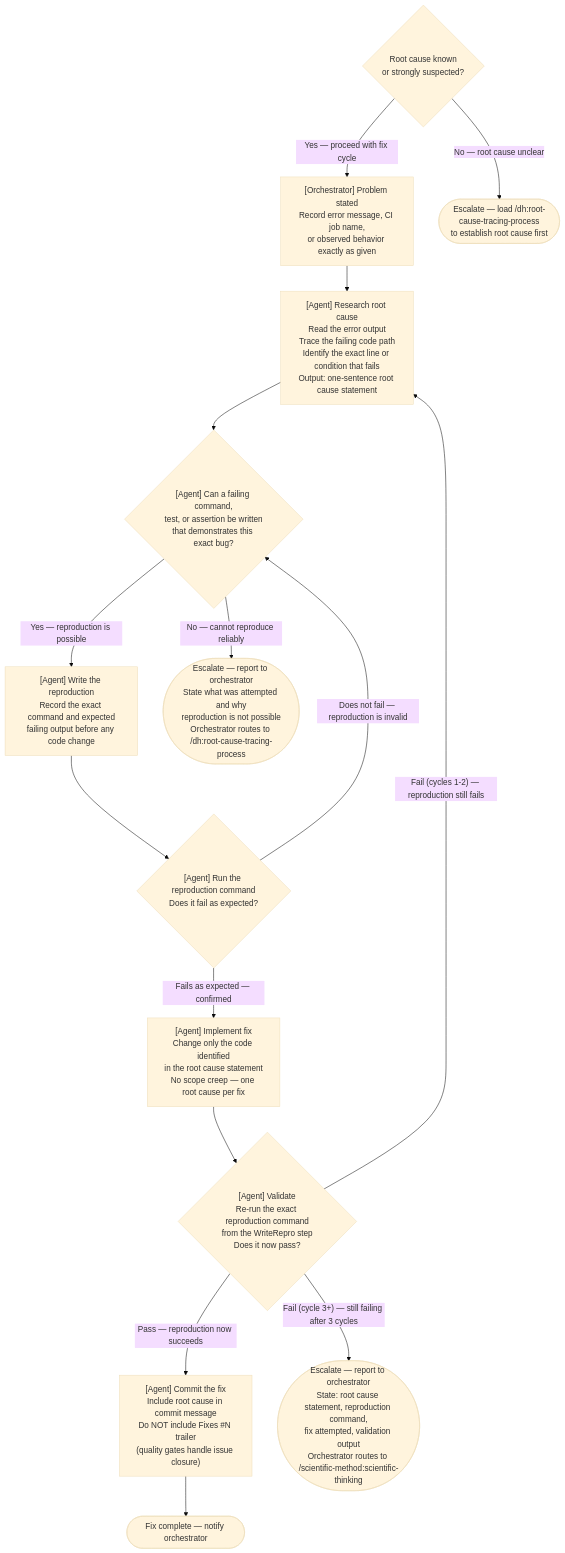
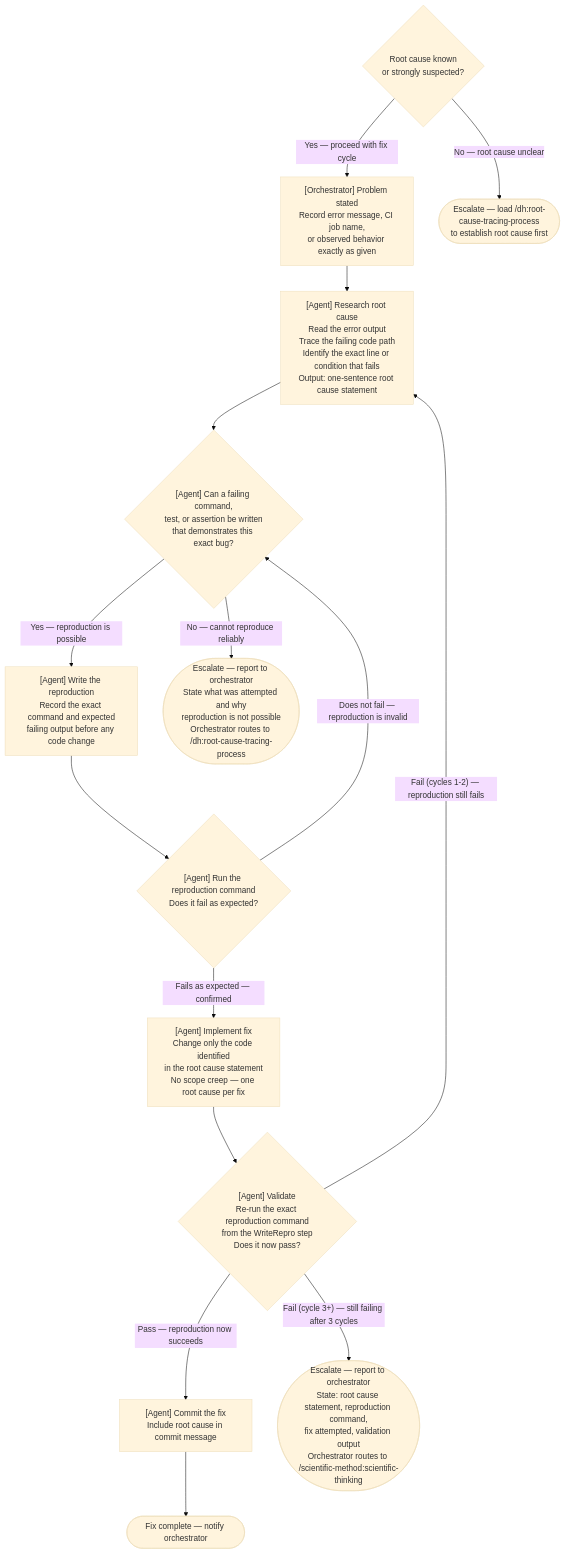
The diagram in rules/fix-delegation-discipline.md (Jamie-BitFlight/claude_skills), drawn with Mermaid (base theme) before and after one commit. The commit also changed other lines of this file and 32 other files, not shown here.

````diff
--- a/rules/fix-delegation-discipline.md
+++ b/rules/fix-delegation-discipline.md
@@ -7,26 +7,26 @@
 ```mermaid
 flowchart TD
     Entry{"Root cause known<br>or strongly suspected?"}
     Entry -->|"Yes — proceed with fix cycle"| P
     Entry -->|"No — root cause unclear"| TraceCause(["Escalate — load /dh:root-cause-tracing-process<br>to establish root cause first"])
 
     P["[Orchestrator] Problem stated<br>Record error message, CI job name,<br>or observed behavior exactly as given"]
     P --> R["[Agent] Research root cause<br>Read the error output<br>Trace the failing code path<br>Identify the exact line or condition that fails<br>Output: one-sentence root cause statement"]
 
     R --> Repro{"[Agent] Can a failing command,<br>test, or assertion be written<br>that demonstrates this exact bug?"}
     Repro -->|"Yes — reproduction is possible"| WriteRepro["[Agent] Write the reproduction<br>Record the exact command and expected<br>failing output before any code change"]
     Repro -->|"No — cannot reproduce reliably"| CannotRepro(["Escalate — report to orchestrator<br>State what was attempted and why<br>reproduction is not possible<br>Orchestrator routes to /dh:root-cause-tracing-process"])
 
     WriteRepro --> RunRepro{"[Agent] Run the reproduction command<br>Does it fail as expected?"}
     RunRepro -->|"Fails as expected — confirmed"| Impl
     RunRepro -->|"Does not fail — reproduction is invalid"| Repro
 
     Impl["[Agent] Implement fix<br>Change only the code identified<br>in the root cause statement<br>No scope creep — one root cause per fix"]
 
     Impl --> Val{"[Agent] Validate<br>Re-run the exact reproduction command<br>from the WriteRepro step<br>Does it now pass?"}
-    Val -->|"Pass — reproduction now succeeds"| Commit["[Agent] Commit the fix<br>Include root cause in commit message<br>Do NOT include Fixes #N trailer<br>(quality gates handle issue closure)"]
+    Val -->|"Pass — reproduction now succeeds"| Commit["[Agent] Commit the fix<br>Include root cause in commit message"]
     Commit --> Done(["Fix complete — notify orchestrator"])
 
     Val -->|"Fail (cycles 1-2) — reproduction still fails"| R
     Val -->|"Fail (cycle 3+) — still failing after 3 cycles"| Stuck(["Escalate — report to orchestrator<br>State: root cause statement, reproduction command,<br>fix attempted, validation output<br>Orchestrator routes to /scientific-method:scientific-thinking"])
 ```
````
